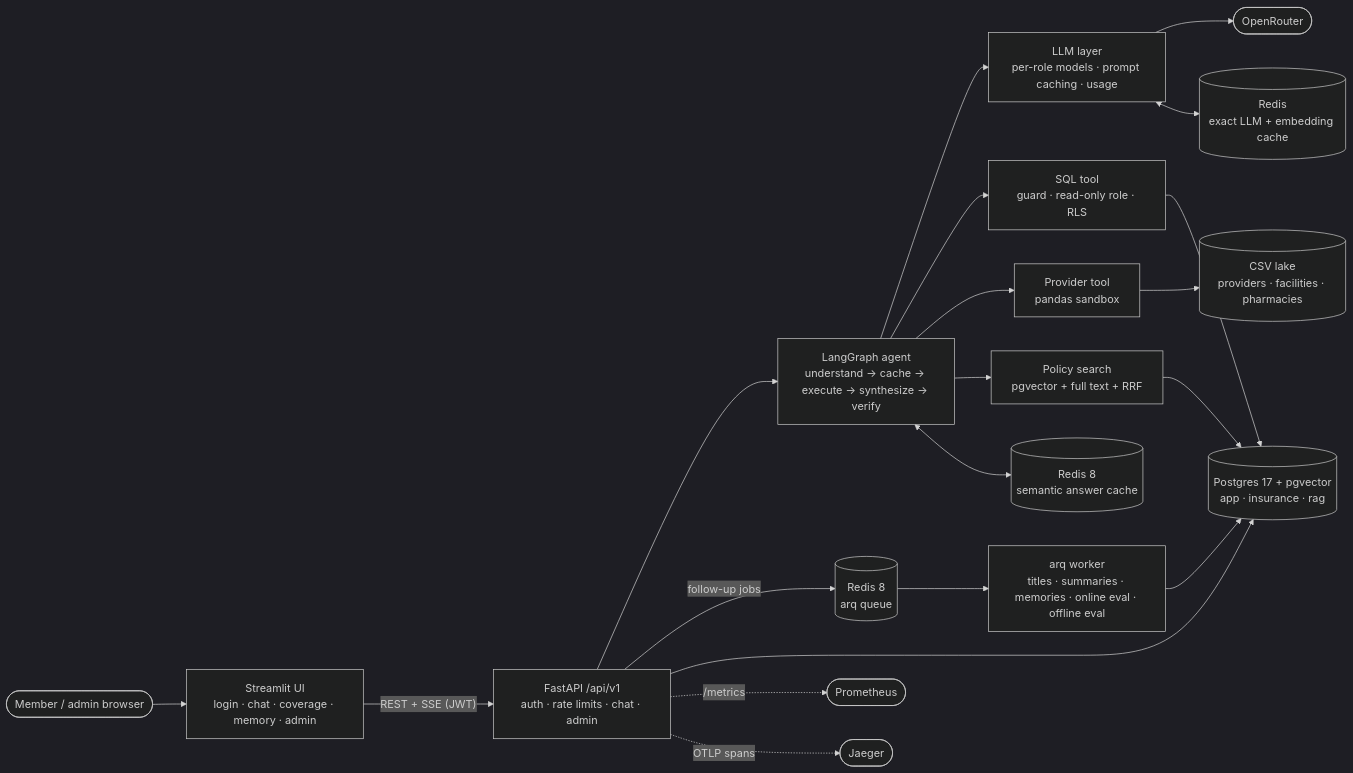
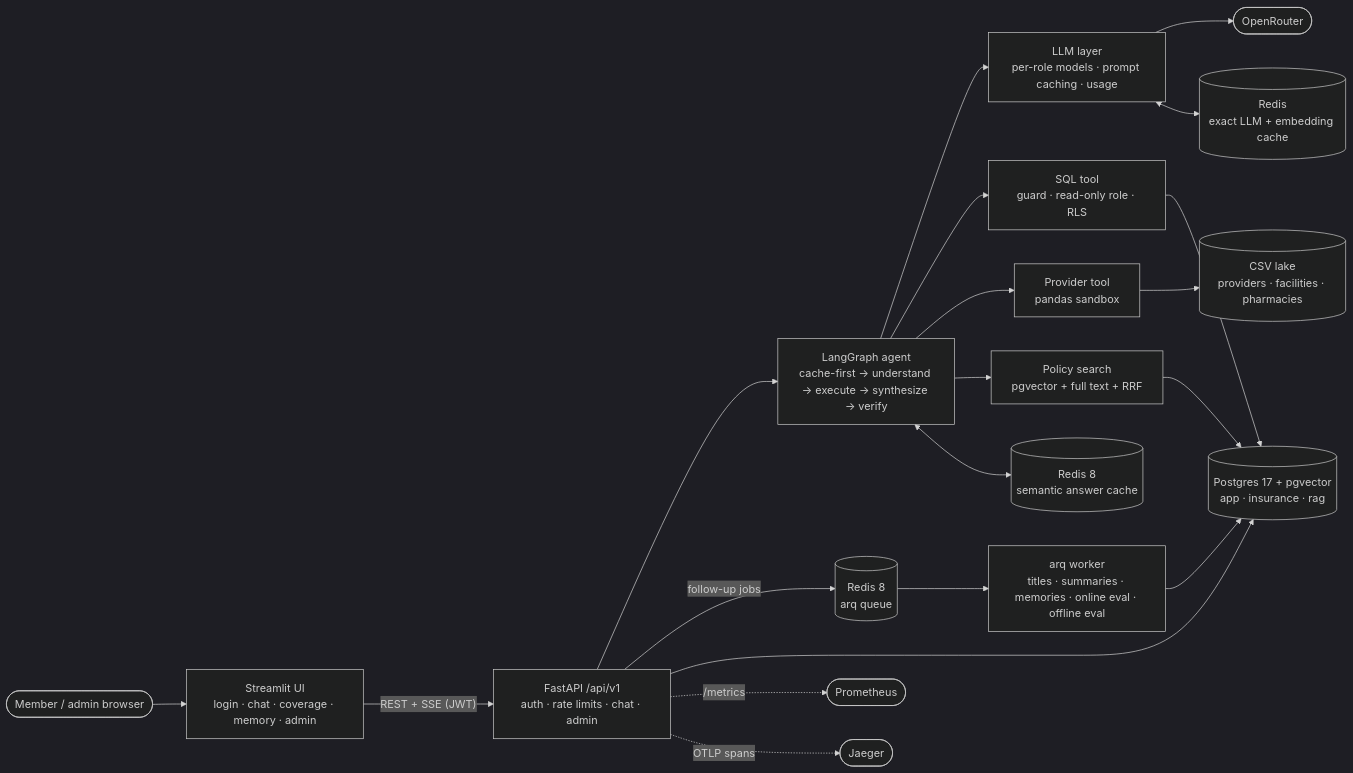
The first of 7 diagrams in docs/architecture.md (syamsruthin/healthguard-agent), drawn with Mermaid (dark theme) before and after one commit. The commit also changed other lines of this file and 9 other files, not shown here.

First line of the commit message:
docs: current status, cache-first flow, spend guards, review outcomes

````diff
--- a/docs/architecture.md
+++ b/docs/architecture.md
@@ -9,22 +9,22 @@
 ```mermaid
 flowchart LR
     U([Member / admin browser]) --> UI["Streamlit UI<br/>login · chat · coverage · memory · admin"]
     UI -- "REST + SSE (JWT)" --> API["FastAPI /api/v1<br/>auth · rate limits · chat · admin"]
-    API --> G["LangGraph agent<br/>understand → cache → execute → synthesize → verify"]
+    API --> G["LangGraph agent<br/>cache-first → understand → execute → synthesize → verify"]
     API -- "follow-up jobs" --> Q[(Redis 8<br/>arq queue)]
     Q --> W["arq worker<br/>titles · summaries · memories · online eval · offline eval"]
     G --> LLM["LLM layer<br/>per-role models · prompt caching · usage"]
     LLM --> OR([OpenRouter])
     G --> SQL["SQL tool<br/>guard · read-only role · RLS"]
     G --> PD["Provider tool<br/>pandas sandbox"]
     G --> RAG["Policy search<br/>pgvector + full text + RRF"]
     SQL --> PG[("Postgres 17 + pgvector<br/>app · insurance · rag")]
     RAG --> PG
     PD --> CSV[("CSV lake<br/>providers · facilities · pharmacies")]
     API --> PG
     W --> PG
     G <--> SC[("Redis 8<br/>semantic answer cache")]
     LLM <--> EC[("Redis<br/>exact LLM + embedding cache")]
     API -. "/metrics" .-> PROM([Prometheus])
     API -. "OTLP spans" .-> J([Jaeger])
 ```
````
